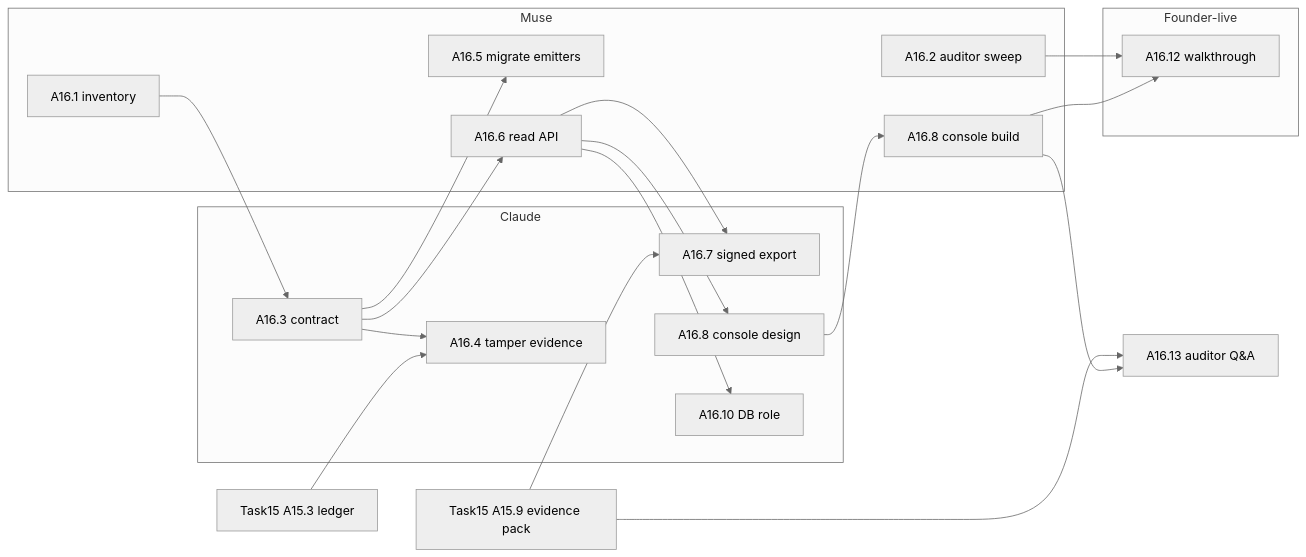
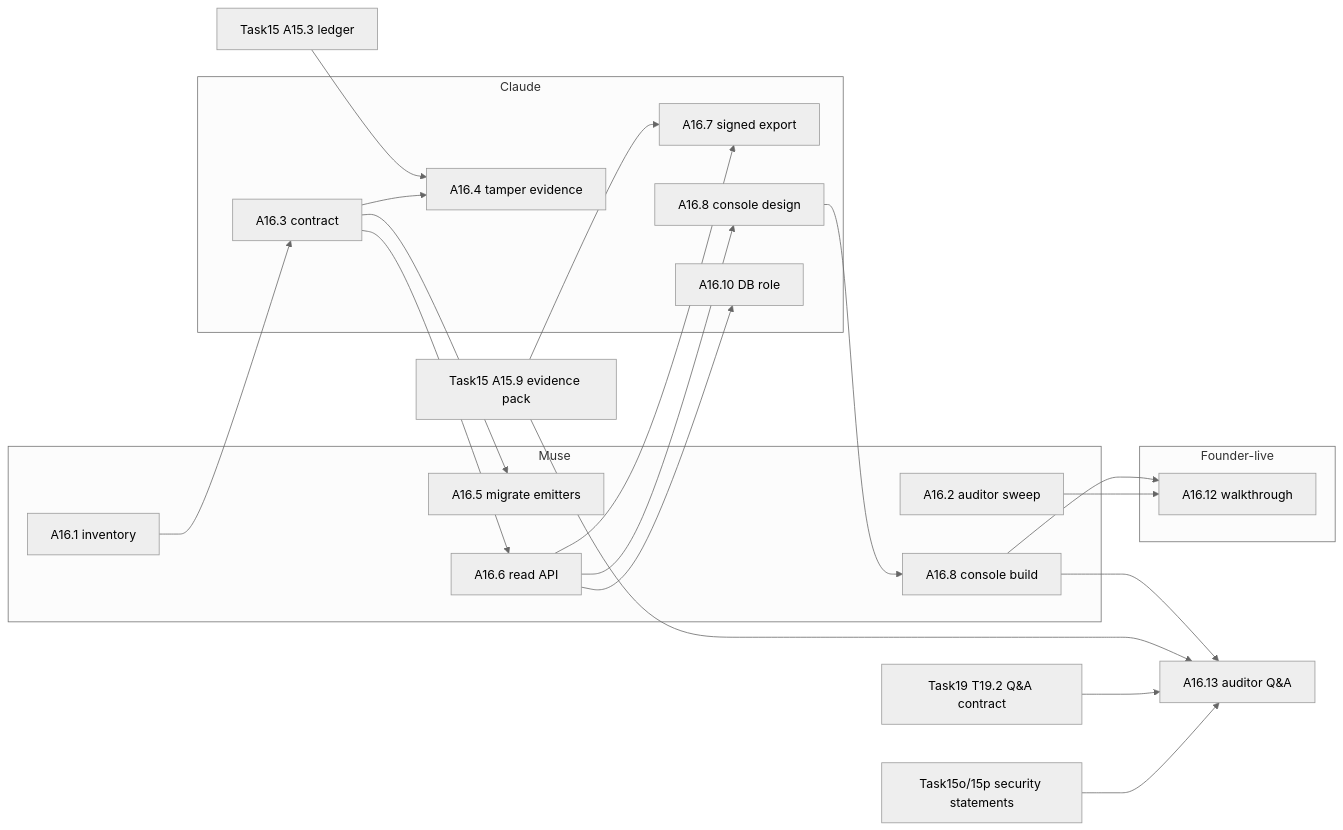
The diagram in docs/plan/TASK16.md (mahamannu-ux/TrackAI-V1), drawn with Mermaid (neutral theme) before and after one commit. The commit also changed other lines of this file and 9 other files, not shown here.

````diff
--- a/docs/plan/TASK16.md
+++ b/docs/plan/TASK16.md
@@ -42,34 +42,36 @@
 ```mermaid
 flowchart LR
   subgraph Muse
     B1[A16.1 inventory]
     B2[A16.2 auditor sweep]
     B5[A16.5 migrate emitters]
     B6[A16.6 read API]
     B8b[A16.8 console build]
   end
   subgraph Claude
     B3[A16.3 contract]
     B4[A16.4 tamper evidence]
     B7[A16.7 signed export]
     B8a[A16.8 console design]
     B10[A16.10 DB role]
   end
   subgraph Founder-live
     B12[A16.12 walkthrough]
   end
   B13[A16.13 auditor Q&A]
   T153[Task15 A15.3 ledger] --> B4
   T159[Task15 A15.9 evidence pack] --> B7
   B1 --> B3
   B3 --> B4
   B3 --> B5
   B3 --> B6
   B6 --> B7
   B6 --> B8a --> B8b
   B6 --> B10
   B8b --> B12
   B2 --> B12
   B8b --> B13
   T159 --> B13
+  T192[Task19 T19.2 Q&A contract] --> B13
+  T15op[Task15o/15p security statements] --> B13
 ```
````
